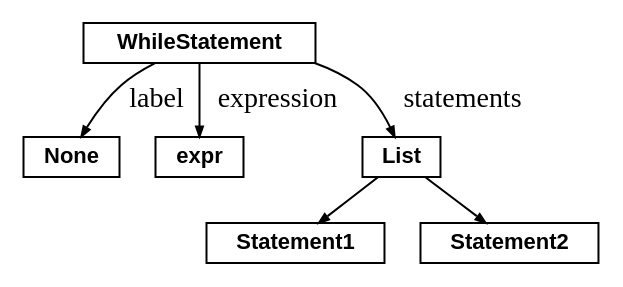
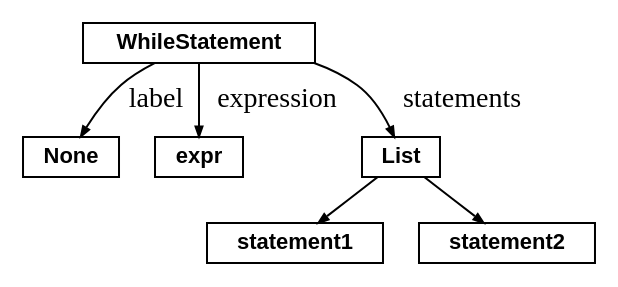
One commit to chrreisinger/VHDLNameCheck changed the diagram in document/WhileStatement.dot. Above: the diagram before and after it, drawn with Graphviz. The commit also changed 15 other files, not shown here.

```diff
--- a/document/WhileStatement.dot
+++ b/document/WhileStatement.dot
@@ -1,19 +1,19 @@
 digraph {
 	ordering=out;
 	ranksep=.3;
 	node [shape=box, fixedsize=false, fontsize=11, fontname="Helvetica-bold", width=.25, height=.25];
 	edge [arrowsize=.5, color="black"]
 
 	WhileStatement:
 	None;
 	expr;
 	List;
-	Statement1;
-	Statement2;
+	statement1;
+	statement2;
 
 	WhileStatement -> None [label="label"]
 	WhileStatement -> expr [label="expression"]
 	WhileStatement -> List [label="statements"]
-	List -> Statement1
-	List -> Statement2
+	List -> statement1
+	List -> statement2
 }
```
